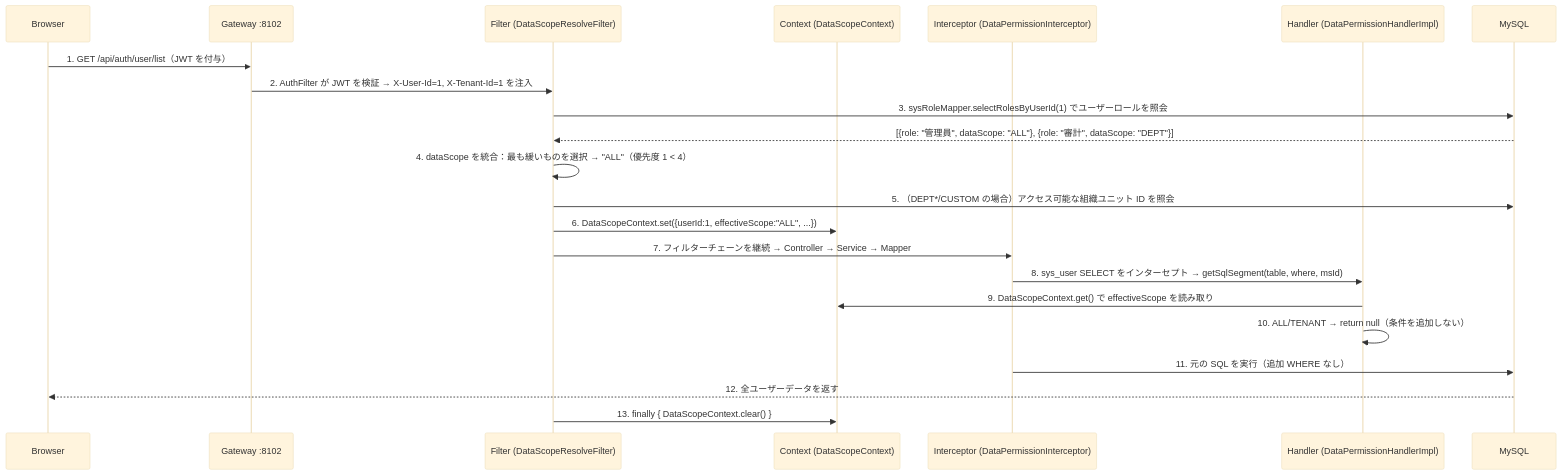
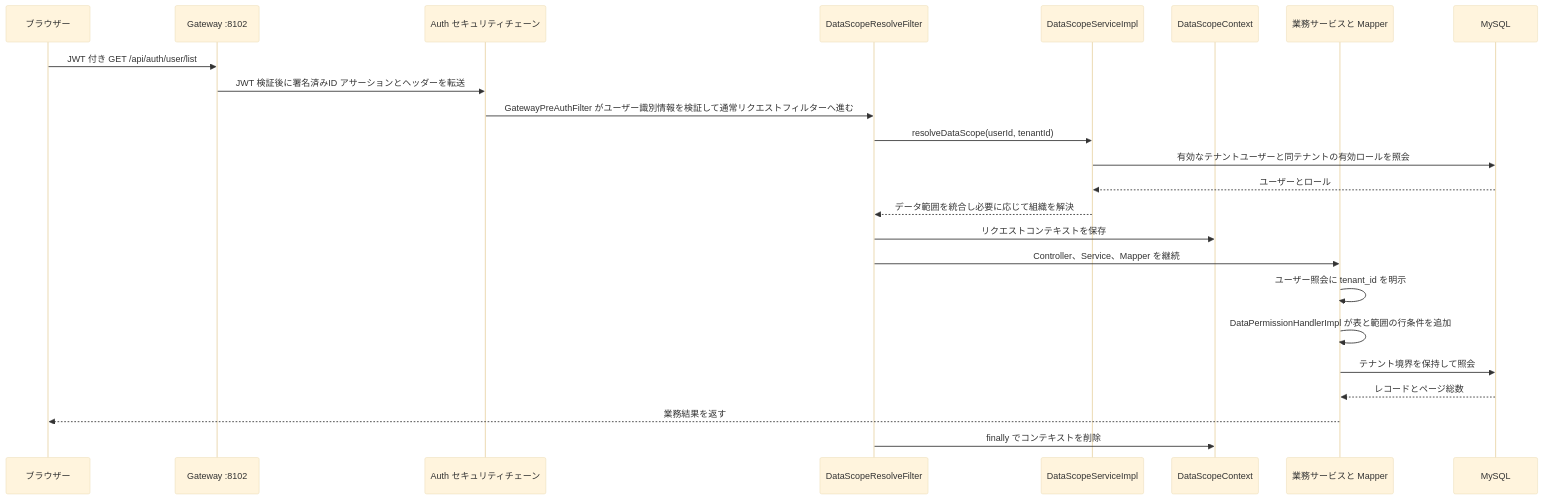
The sixth of 21 diagrams in docs/core-flows.jp.md (wang-baohai/Omni-Stack), drawn with Mermaid (base theme) before and after one commit. The commit also changed other lines of this file and 1095 other files, not shown here.

````diff
--- a/docs/core-flows.jp.md
+++ b/docs/core-flows.jp.md
@@ -734,25 +573,26 @@
 ```mermaid
 sequenceDiagram
-    participant B as Browser
+    participant B as ブラウザー
     participant G as Gateway :8102
-    participant F as Filter (DataScopeResolveFilter)
-    participant C as Context (DataScopeContext)
-    participant I as Interceptor (DataPermissionInterceptor)
-    participant H as Handler (DataPermissionHandlerImpl)
+    participant A as Auth セキュリティチェーン
+    participant F as DataScopeResolveFilter
+    participant S as DataScopeServiceImpl
+    participant C as DataScopeContext
+    participant Q as 業務サービスと Mapper
     participant M as MySQL
-
-    B->>G: 1. GET /api/auth/user/list（JWT を付与）
-    G->>F: 2. AuthFilter が JWT を検証 → X-User-Id=1, X-Tenant-Id=1 を注入
-    F->>M: 3. sysRoleMapper.selectRolesByUserId(1) でユーザーロールを照会
-    M-->>F: [{role: "管理員", dataScope: "ALL"}, {role: "審計", dataScope: "DEPT"}]
-    F->>F: 4. dataScope を統合：最も緩いものを選択 → "ALL"（優先度 1 < 4）
-    F->>M: 5. （DEPT*/CUSTOM の場合）アクセス可能な組織ユニット ID を照会
-    F->>C: 6. DataScopeContext.set({userId:1, effectiveScope:"ALL", ...})
-    F->>I: 7. フィルターチェーンを継続 → Controller → Service → Mapper
-    I->>H: 8. sys_user SELECT をインターセプト → getSqlSegment(table, where, msId)
-    H->>C: 9. DataScopeContext.get() で effectiveScope を読み取り
-    H->>H: 10. ALL/TENANT → return null（条件を追加しない）
-    I->>M: 11. 元の SQL を実行（追加 WHERE なし）
-    M-->>B: 12. 全ユーザーデータを返す
-    F->>C: 13. finally { DataScopeContext.clear() }
+    B->>G: JWT 付き GET /api/auth/user/list
+    G->>A: JWT 検証後に署名済みID アサーションとヘッダーを転送
+    A->>F: GatewayPreAuthFilter がユーザー識別情報を検証して通常リクエストフィルターへ進む
+    F->>S: resolveDataScope(userId, tenantId)
+    S->>M: 有効なテナントユーザーと同テナントの有効ロールを照会
+    M-->>S: ユーザーとロール
+    S-->>F: データ範囲を統合し必要に応じて組織を解決
+    F->>C: リクエストコンテキストを保存
+    F->>Q: Controller、Service、Mapper を継続
+    Q->>Q: ユーザー照会に tenant_id を明示
+    Q->>Q: DataPermissionHandlerImpl が表と範囲の行条件を追加
+    Q->>M: テナント境界を保持して照会
+    M-->>Q: レコードとページ総数
+    Q-->>B: 業務結果を返す
+    F->>C: finally でコンテキストを削除
 ```
````
